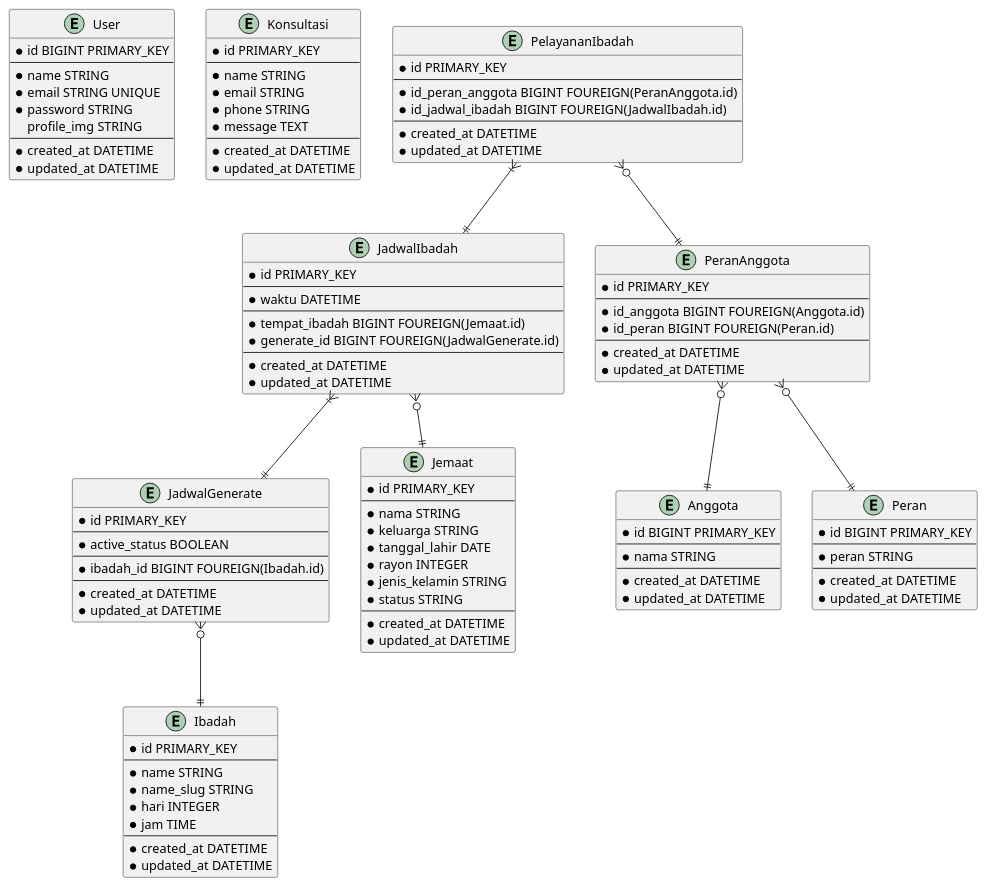
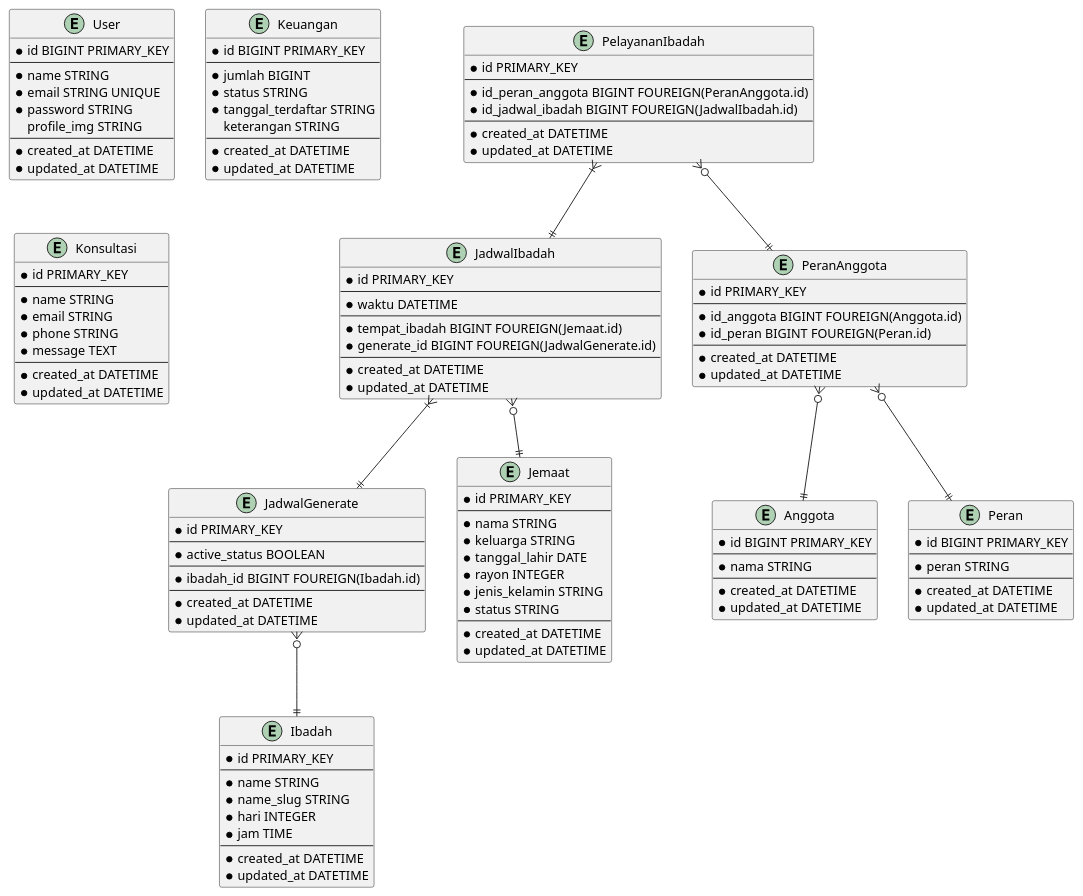
Before and after one commit to dewindasupit0512/gereja_app: the diagram in db_greja_shceduling.puml, drawn with PlantUML. The commit also changed 15 other files, not shown here.

```diff
--- a/db_greja_shceduling.puml
+++ b/db_greja_shceduling.puml
@@ -1,133 +1,146 @@
 @startuml
 
 ' users
 Entity User {
     * id BIGINT PRIMARY_KEY
     --
     * name STRING
     * email STRING UNIQUE
     * password STRING
     profile_img STRING
+    --
+    * created_at DATETIME
+    * updated_at DATETIME
+}
+
+Entity Keuangan {
+    * id BIGINT PRIMARY_KEY
+    --
+    * jumlah BIGINT
+    * status STRING
+    ' pemasukan / pengeluaran
+    * tanggal_terdaftar STRING
+    keterangan STRING
     --
     * created_at DATETIME
     * updated_at DATETIME
 }
 
 Entity Konsultasi {
     * id PRIMARY_KEY
     --
     * name STRING
     * email STRING
     * phone STRING
     * message TEXT
     --
     * created_at DATETIME
     * updated_at DATETIME
 }
 
 ' anggota
 Entity Anggota {
     * id BIGINT PRIMARY_KEY
     --
     * nama STRING
     --
     * created_at DATETIME
     * updated_at DATETIME
 }
 
 ' perans
 Entity Peran {
     * id BIGINT PRIMARY_KEY
     --
     * peran STRING
     --
     * created_at DATETIME
     * updated_at DATETIME
 }
 
 ' ibadah
 Entity Ibadah {
     * id PRIMARY_KEY
     --
     * name STRING
     * name_slug STRING
     * hari INTEGER
     ' MINGGU 0, SABTU 6
     * jam TIME
     --
     * created_at DATETIME
     * updated_at DATETIME
 }
 
 ' jadwal_generates
 Entity JadwalGenerate {
     * id PRIMARY_KEY
     --
     * active_status BOOLEAN
     --
     * ibadah_id BIGINT FOUREIGN(Ibadah.id)
     --
     * created_at DATETIME
     * updated_at DATETIME
 }
 
 ' jadwal_ibadah
 Entity JadwalIbadah {
     * id PRIMARY_KEY
     --
     * waktu DATETIME
     --
     * tempat_ibadah BIGINT FOUREIGN(Jemaat.id)
     * generate_id BIGINT FOUREIGN(JadwalGenerate.id)
     --
     * created_at DATETIME
     * updated_at DATETIME
 }
 
 ' jemaat
 Entity Jemaat {
     * id PRIMARY_KEY
     --
     * nama STRING
     * keluarga STRING
     * tanggal_lahir DATE
     * rayon INTEGER
     * jenis_kelamin STRING
     * status STRING
     --
     * created_at DATETIME
     * updated_at DATETIME
 }
 
 ' pelayanan_ibadah
 Entity PelayananIbadah {
     * id PRIMARY_KEY
     --
     * id_peran_anggota BIGINT FOUREIGN(PeranAnggota.id)
     * id_jadwal_ibadah BIGINT FOUREIGN(JadwalIbadah.id)
     --
     * created_at DATETIME
     * updated_at DATETIME
 }
 
 ' peran_anggota
 Entity PeranAnggota {
     * id PRIMARY_KEY
     --
     * id_anggota BIGINT FOUREIGN(Anggota.id)
     * id_peran BIGINT FOUREIGN(Peran.id)
     --
     * created_at DATETIME
     * updated_at DATETIME
 }
 
 JadwalGenerate }o--|| Ibadah
 JadwalIbadah }o--|| Jemaat
 JadwalIbadah }|--|| JadwalGenerate
 PelayananIbadah }o--|| PeranAnggota
 PelayananIbadah }|--|| JadwalIbadah
 PeranAnggota }o--|| Anggota
 PeranAnggota }o--|| Peran
 
 
 @enduml
```
